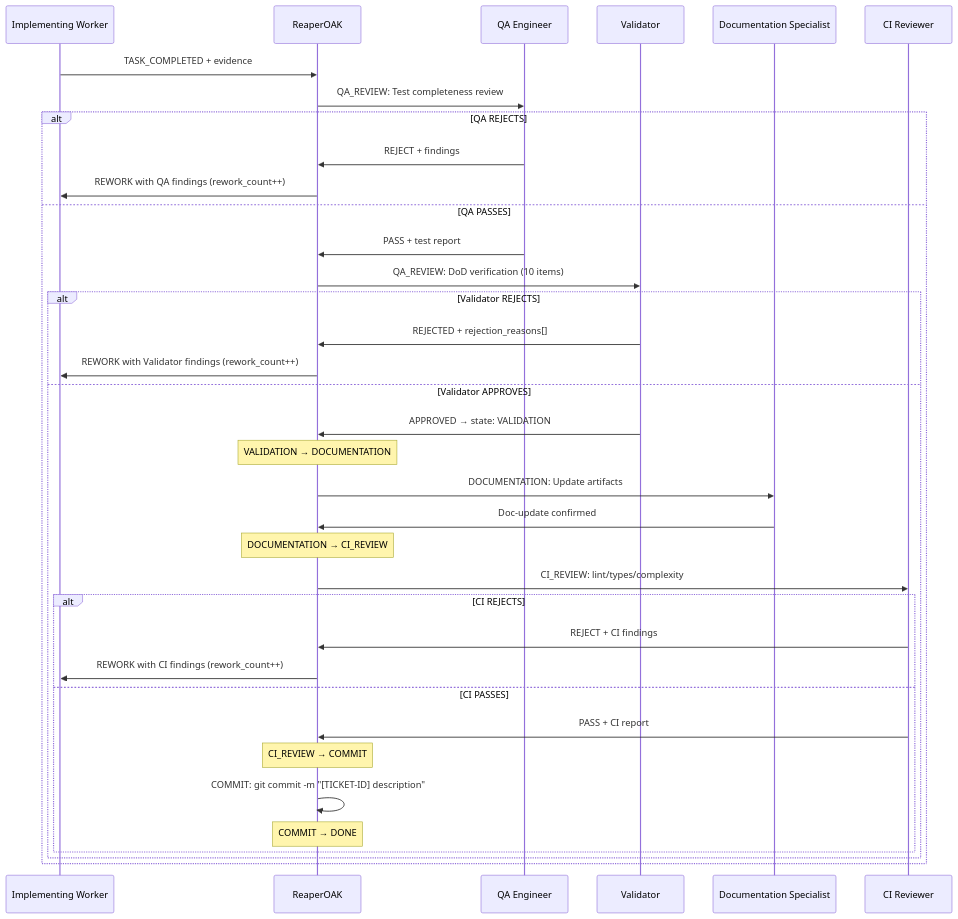
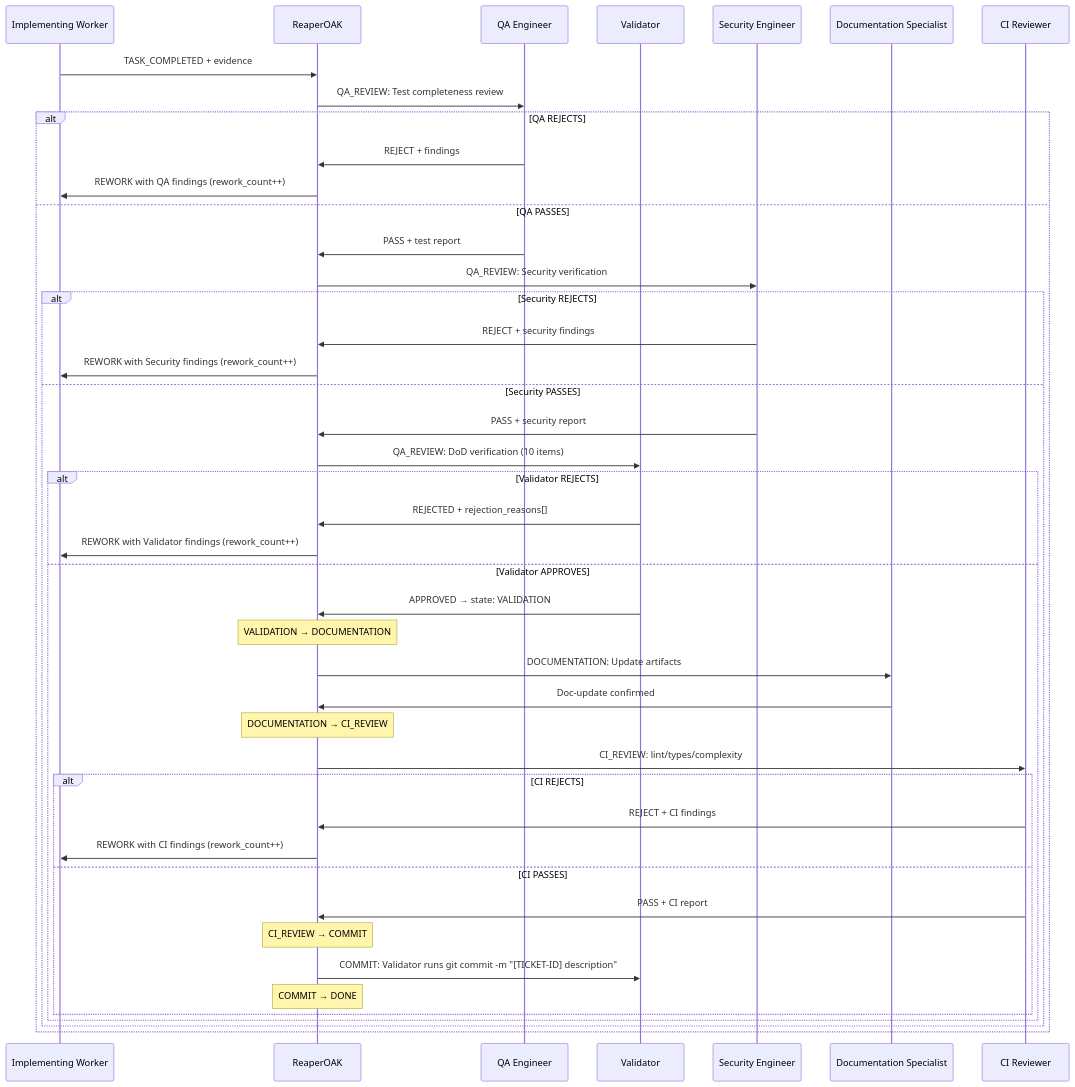
Before and after one commit to ReaperOAK/vibecoding: the second of 2 diagrams in .github/governance/lifecycle.md, drawn with Mermaid. The commit also changed other lines of this file and 7 other files, not shown here.

Commit message:
Enhance governance documentation: include Security Engineer in QA_REVIEW and update commit authority to reflect new review protocols

````diff
--- a/.github/governance/lifecycle.md
+++ b/.github/governance/lifecycle.md
@@ -189,40 +192,48 @@
 ```mermaid
 sequenceDiagram
     participant W as Implementing Worker
     participant Oak as ReaperOAK
     participant QA as QA Engineer
     participant Val as Validator
+    participant Sec as Security Engineer
     participant Doc as Documentation Specialist
     participant CI as CI Reviewer
 
     W->>Oak: TASK_COMPLETED + evidence
     Oak->>QA: QA_REVIEW: Test completeness review
 
     alt QA REJECTS
         QA->>Oak: REJECT + findings
         Oak->>W: REWORK with QA findings (rework_count++)
     else QA PASSES
         QA->>Oak: PASS + test report
-        Oak->>Val: QA_REVIEW: DoD verification (10 items)
+        Oak->>Sec: QA_REVIEW: Security verification
+        alt Security REJECTS
+          Sec->>Oak: REJECT + security findings
+          Oak->>W: REWORK with Security findings (rework_count++)
+        else Security PASSES
+          Sec->>Oak: PASS + security report
+          Oak->>Val: QA_REVIEW: DoD verification (10 items)
         alt Validator REJECTS
             Val->>Oak: REJECTED + rejection_reasons[]
             Oak->>W: REWORK with Validator findings (rework_count++)
         else Validator APPROVES
             Val->>Oak: APPROVED → state: VALIDATION
             Note over Oak: VALIDATION → DOCUMENTATION
             Oak->>Doc: DOCUMENTATION: Update artifacts
             Doc->>Oak: Doc-update confirmed
             Note over Oak: DOCUMENTATION → CI_REVIEW
             Oak->>CI: CI_REVIEW: lint/types/complexity
             alt CI REJECTS
                 CI->>Oak: REJECT + CI findings
                 Oak->>W: REWORK with CI findings (rework_count++)
             else CI PASSES
                 CI->>Oak: PASS + CI report
                 Note over Oak: CI_REVIEW → COMMIT
-                Oak->>Oak: COMMIT: git commit -m "[TICKET-ID] description"
+                Oak->>Val: COMMIT: Validator runs git commit -m "[TICKET-ID] description"
                 Note over Oak: COMMIT → DONE
             end
         end
+            end
     end
 ```
````
